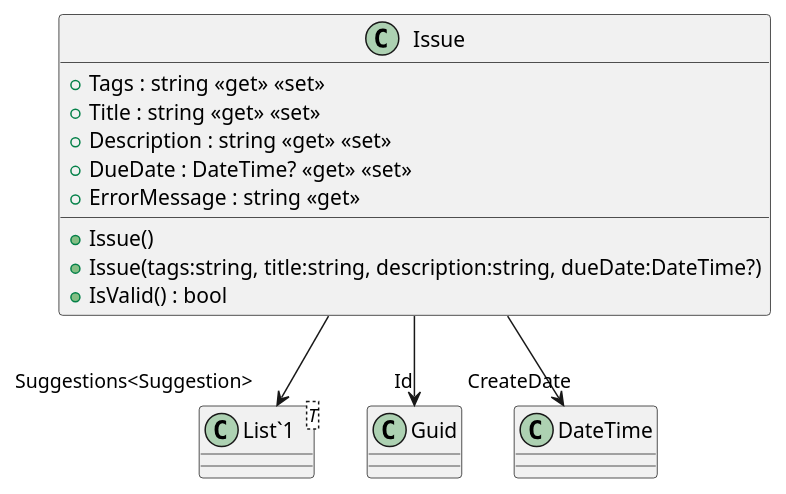
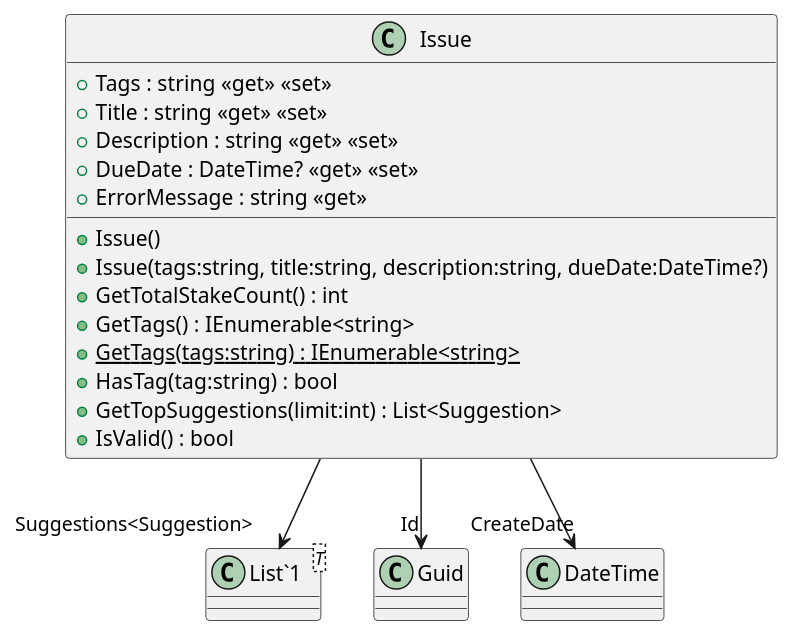
One commit to NeaBouli/TrueRepublic changed the diagram in UML/UC0020 - Issue Processing/Issue.puml. Above: the diagram before and after it, drawn with PlantUML. The commit also changed 15 other files, not shown here.

```diff
--- a/UML/UC0020 - Issue Processing/Issue.puml
+++ b/UML/UC0020 - Issue Processing/Issue.puml
@@ -1,17 +1,22 @@
 @startuml
 class Issue {
     + Issue()
     + Issue(tags:string, title:string, description:string, dueDate:DateTime?)
     + Tags : string <<get>> <<set>>
     + Title : string <<get>> <<set>>
     + Description : string <<get>> <<set>>
     + DueDate : DateTime? <<get>> <<set>>
     + ErrorMessage : string <<get>>
+    + GetTotalStakeCount() : int
+    + GetTags() : IEnumerable<string>
+    + {static} GetTags(tags:string) : IEnumerable<string>
+    + HasTag(tag:string) : bool
+    + GetTopSuggestions(limit:int) : List<Suggestion>
     + IsValid() : bool
 }
 class "List`1"<T> {
 }
 Issue --> "Id" Guid
 Issue --> "CreateDate" DateTime
 Issue --> "Suggestions<Suggestion>" "List`1"
 @enduml
```
